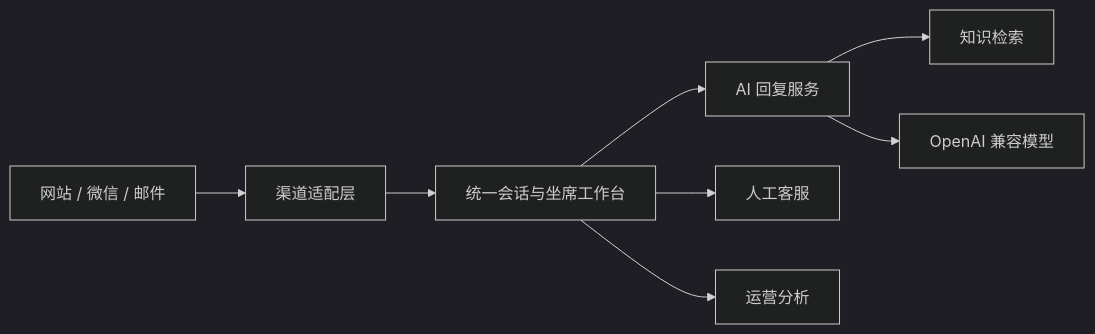
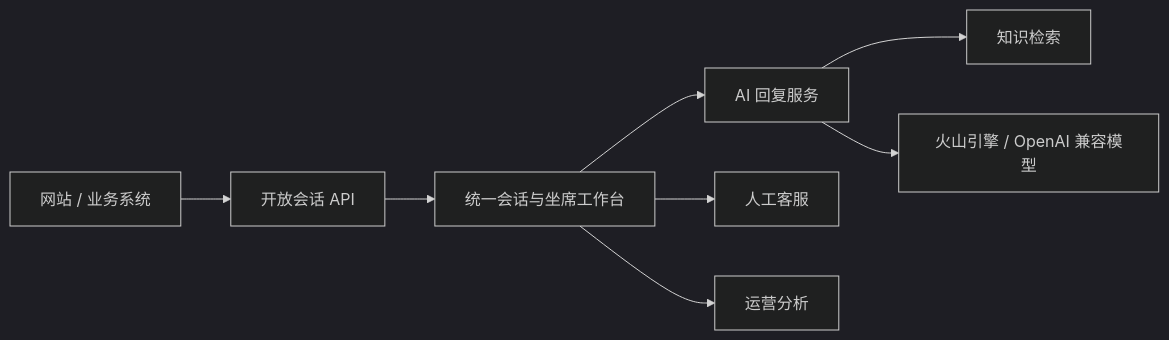
One commit to DanZai233/ai-customer-service changed the diagram in docs/architecture.md. Above: the diagram before and after it, drawn with Mermaid (dark theme). The commit also changed other lines of this file and 13 other files, not shown here.

````diff
--- a/docs/architecture.md
+++ b/docs/architecture.md
@@ -7,10 +7,10 @@
 ```mermaid
 flowchart LR
-    A[网站 / 微信 / 邮件] --> B[渠道适配层]
+    A[网站 / 业务系统] --> B[开放会话 API]
     B --> C[统一会话与坐席工作台]
     C --> D[AI 回复服务]
     D --> E[知识检索]
-    D --> F[OpenAI 兼容模型]
+    D --> F[火山引擎 / OpenAI 兼容模型]
     C --> G[人工客服]
     C --> H[运营分析]
 ```
````
